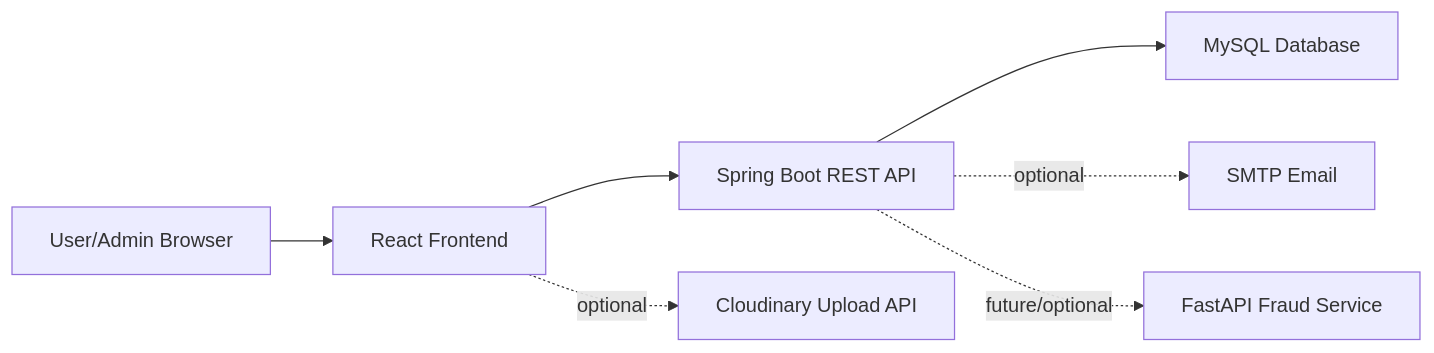
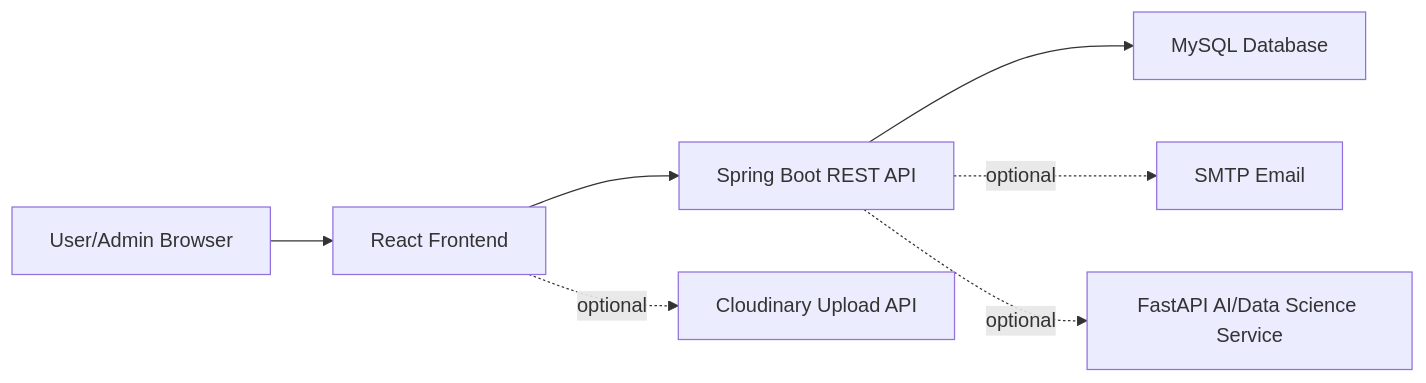
The diagram in README.md (tausifalam6879/Loan_Verification_System), drawn with Mermaid before and after one commit. The commit also changed other lines of this file and 53 other files, not shown here.

````diff
--- a/README.md
+++ b/README.md
@@ -59,9 +60,9 @@
 ```mermaid
 flowchart LR
     user["User/Admin Browser"] --> react["React Frontend"]
     react --> api["Spring Boot REST API"]
     api --> mysql["MySQL Database"]
     api -.optional.-> smtp["SMTP Email"]
     react -.optional.-> cloudinary["Cloudinary Upload API"]
-    api -.future/optional.-> fraud["FastAPI Fraud Service"]
+    api -.optional.-> ai["FastAPI AI/Data Science Service"]
 ```
````
